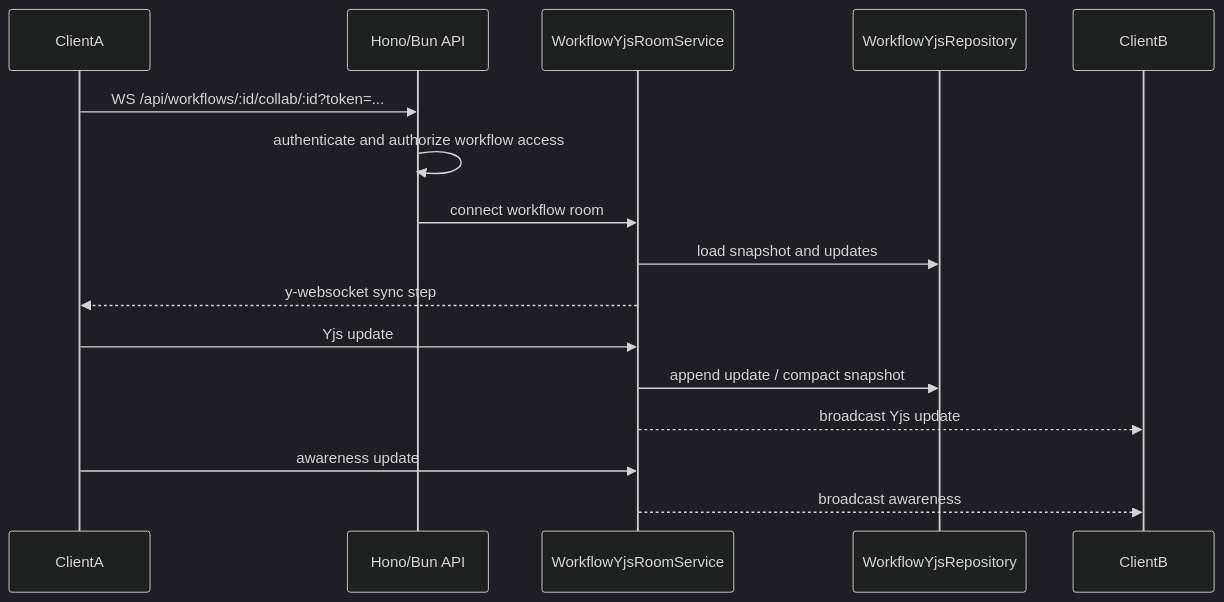
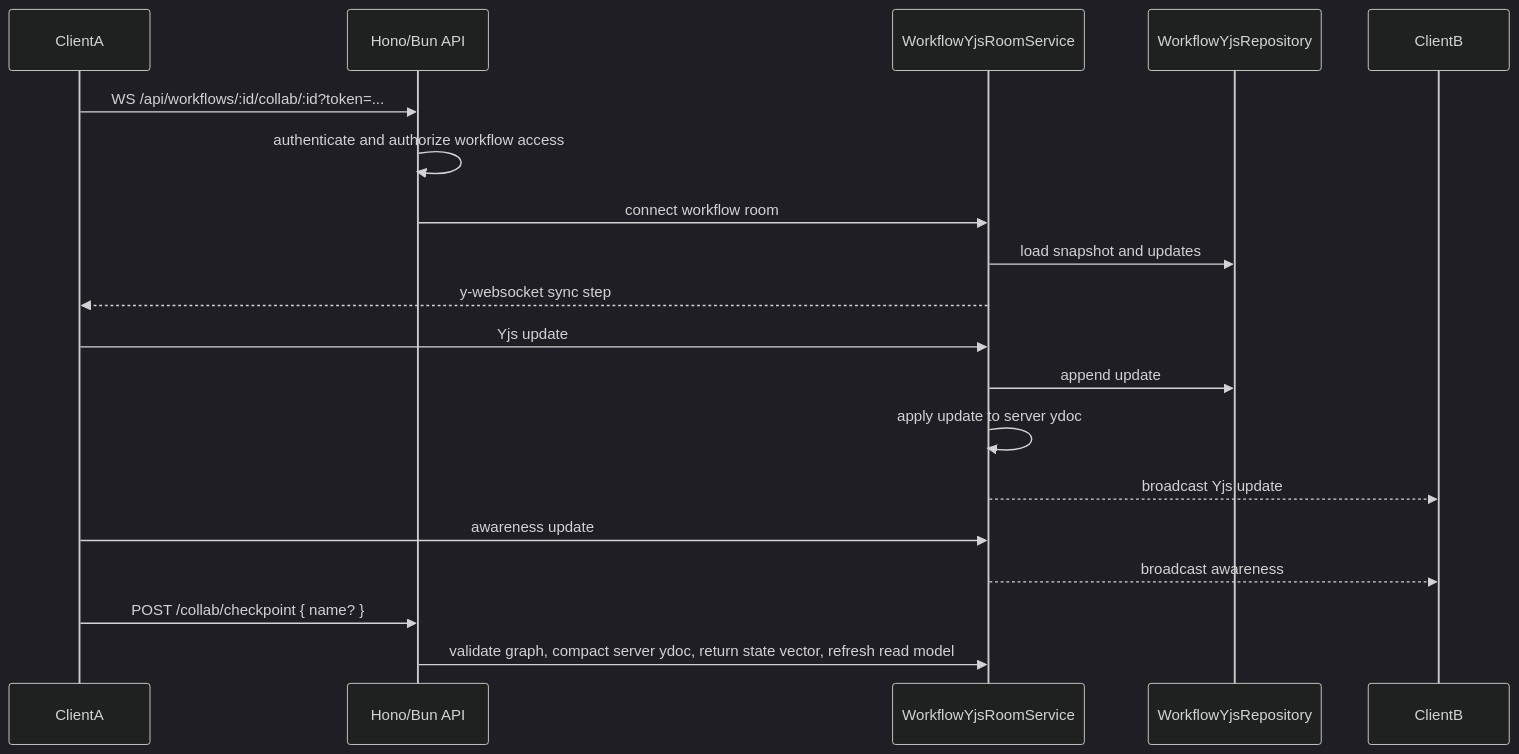
The fourth of 4 diagrams in helloagents/wiki/arch.md (HUAHUAI23/mina), drawn with Mermaid (dark theme) before and after one commit. The commit also changed other lines of this file and 63 other files, not shown here.

````diff
--- a/helloagents/wiki/arch.md
+++ b/helloagents/wiki/arch.md
@@ -71,19 +73,22 @@
 ```mermaid
 sequenceDiagram
   participant ClientA
   participant API as Hono/Bun API
   participant Room as WorkflowYjsRoomService
   participant Store as WorkflowYjsRepository
   participant ClientB
 
   ClientA->>API: WS /api/workflows/:id/collab/:id?token=...
   API->>API: authenticate and authorize workflow access
   API->>Room: connect workflow room
   Room->>Store: load snapshot and updates
   Room-->>ClientA: y-websocket sync step
   ClientA->>Room: Yjs update
-  Room->>Store: append update / compact snapshot
+  Room->>Store: append update
+  Room->>Room: apply update to server ydoc
   Room-->>ClientB: broadcast Yjs update
   ClientA->>Room: awareness update
   Room-->>ClientB: broadcast awareness
+  ClientA->>API: POST /collab/checkpoint { name? }
+  API->>Room: validate graph, compact server ydoc, return state vector, refresh read model
 ```
````
